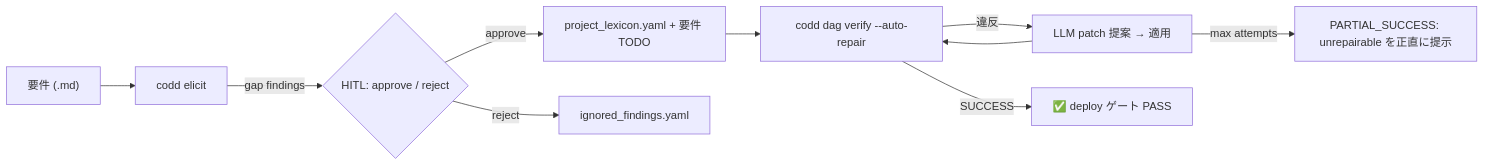
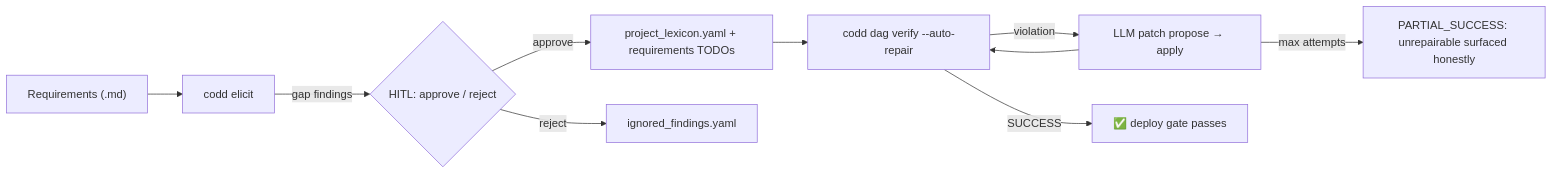
One commit to yohey-w/codd-dev changed the first of 2 diagrams in README_ja.md. Above: the diagram before and after it, drawn with Mermaid. The commit also changed other lines of this file and 2 other files, not shown here.

First line of the commit message:
docs(readme): restructure 3-language README to user-first flow (cmd_360)

````diff
--- a/README_ja.md
+++ b/README_ja.md
@@ -65,12 +51,12 @@
 ```mermaid
 flowchart LR
-    R["要件 (.md)"] --> E["codd elicit"]
+    R["Requirements (.md)"] --> E["codd elicit"]
     E -->|gap findings| H{HITL: approve / reject}
-    H -->|approve| L["project_lexicon.yaml + 要件 TODO"]
+    H -->|approve| L["project_lexicon.yaml + requirements TODOs"]
     H -->|reject| I["ignored_findings.yaml"]
     L --> V["codd dag verify --auto-repair"]
-    V -->|違反| AR["LLM patch 提案 → 適用"]
+    V -->|violation| AR["LLM patch propose → apply"]
     AR --> V
-    V -->|SUCCESS| D["✅ deploy ゲート PASS"]
-    AR -->|max attempts| P["PARTIAL_SUCCESS: unrepairable を正直に提示"]
+    V -->|SUCCESS| D["✅ deploy gate passes"]
+    AR -->|max attempts| P["PARTIAL_SUCCESS: unrepairable surfaced honestly"]
 ```
````
